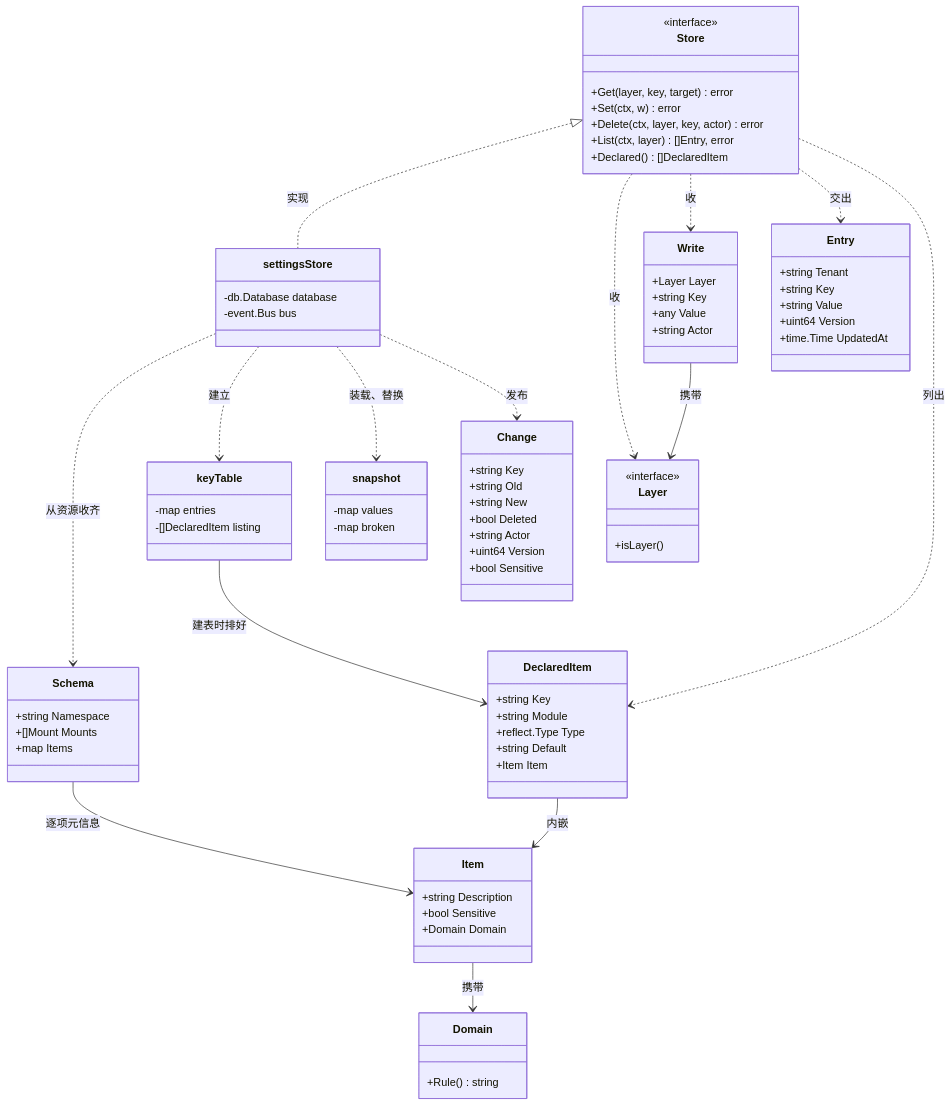
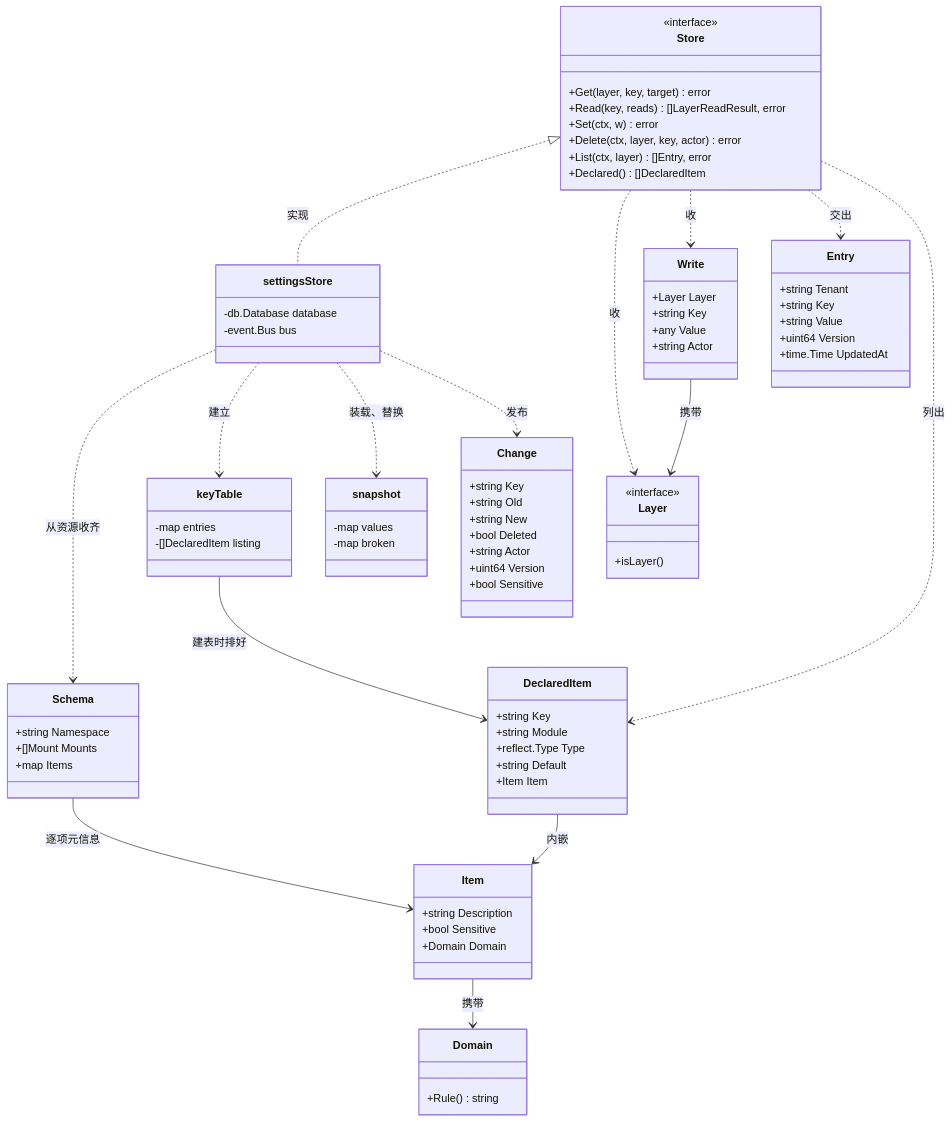
Before and after one commit to wangzw/speed: the first of 3 diagrams in docs/design/modules/settings/design-settings.md, drawn with Mermaid. The commit also changed other lines of this file and 36 other files, not shown here.

```diff
--- a/docs/design/modules/settings/design-settings.md
+++ b/docs/design/modules/settings/design-settings.md
@@ -340,6 +368,7 @@
     class Store {
         <<interface>>
         +Get(layer, key, target) error
+        +Read(key, reads) []LayerReadResult, error
         +Set(ctx, w) error
         +Delete(ctx, layer, key, actor) error
         +List(ctx, layer) []Entry, error
```
